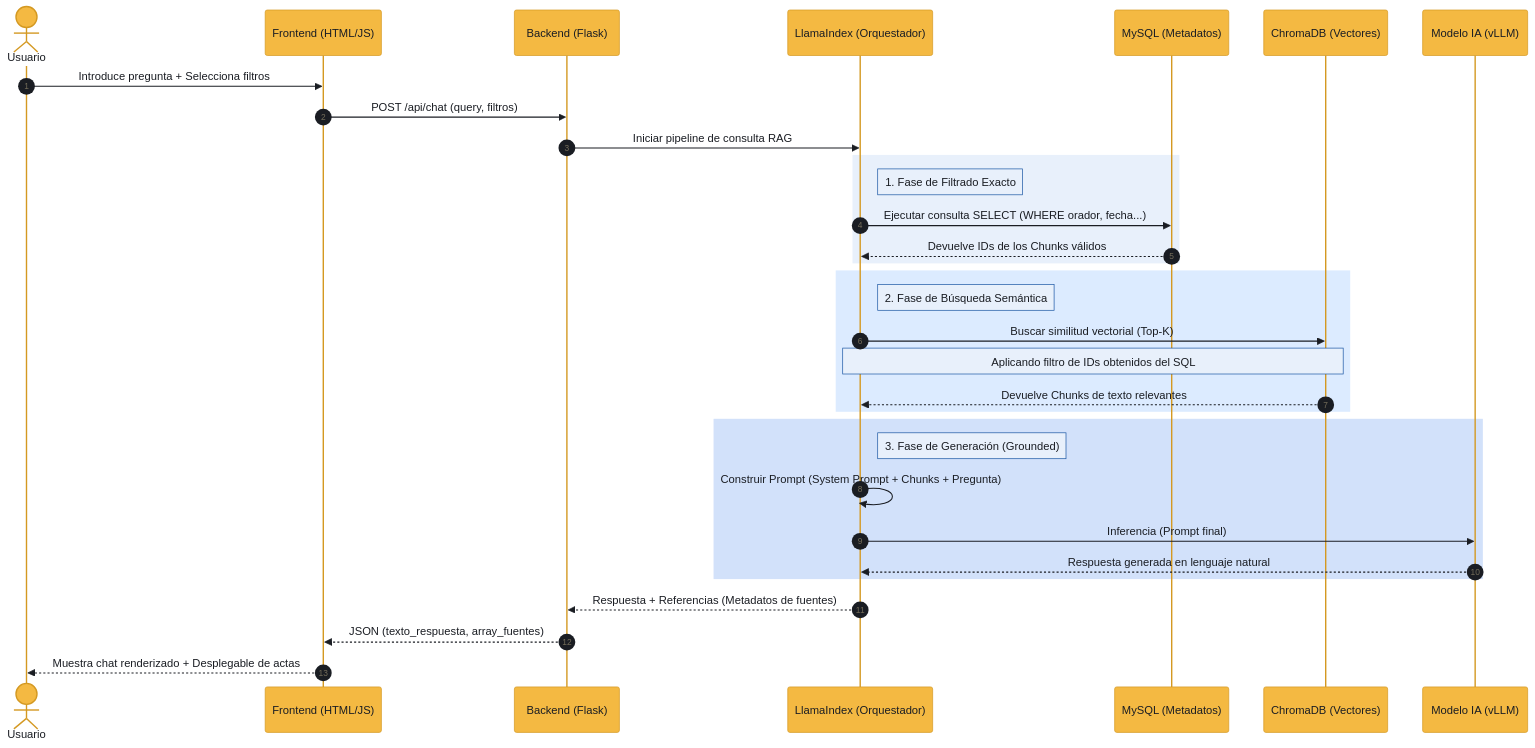
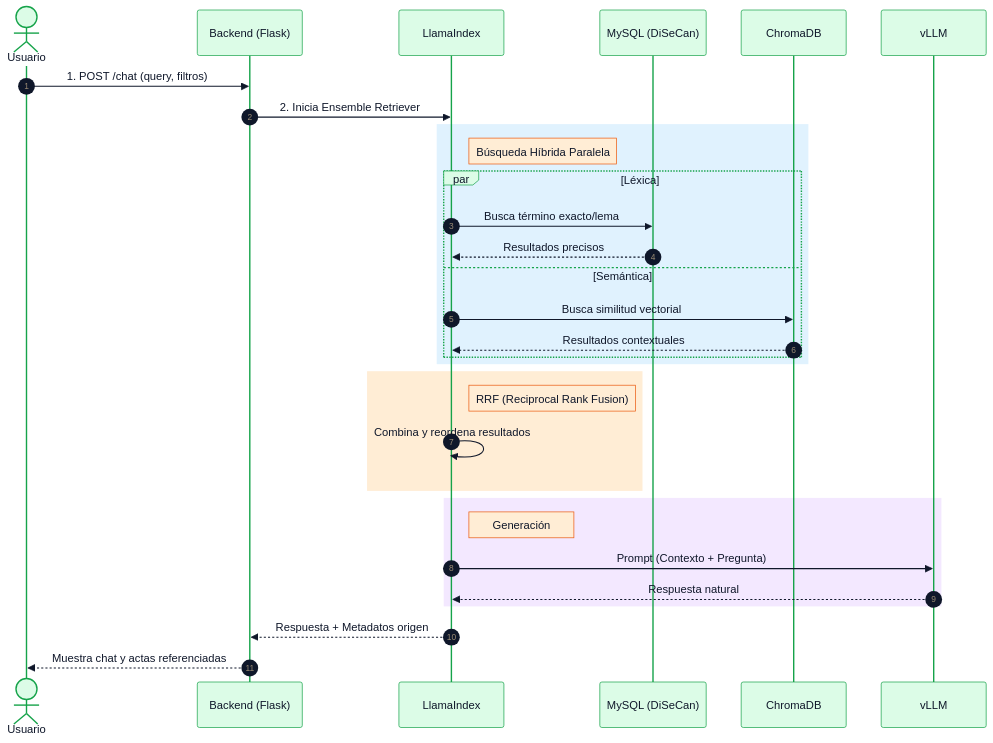
Before and after one commit to DavidSMtl/TFT_RAG_DISECAN: the diagram in docs/design/sequence_diagram.md, drawn with Mermaid. The commit also changed 13 other files, not shown here.

````diff
--- a/docs/design/sequence_diagram.md
+++ b/docs/design/sequence_diagram.md
@@ -1,58 +1,59 @@
 ```mermaid
 %%{
   init: {
     'theme': 'base',
     'themeVariables': {
-      'primaryColor': '#1a56a4',
-      'primaryTextColor': '#fff',
-      'primaryBorderColor': '#1344a0',
-      'lineColor': '#8b92a5',
-      'actorBkg': '#f4b942',
-      'actorBorder': '#d49922',
-      'actorTextColor': '#1a1d23',
-      'noteBkgColor': '#e8f0fb',
-      'noteBorderColor': '#1a56a4',
-      'noteTextColor': '#1a1d23',
-      'messageTextColor': '#1a1d23',
-      'textColor': '#1a1d23'
+      'primaryColor': '#ffffff',
+      'primaryBorderColor': '#94a3b8',
+      'primaryTextColor': '#0f172a',
+      'lineColor': '#64748b',
+      'actorBkg': '#dcfce7',
+      'actorBorder': '#16a34a',
+      'noteBkgColor': '#ffedd5',
+      'noteBorderColor': '#ea580c',
+      'noteTextColor': '#0f172a',
+      'messageTextColor': '#0f172a',
+      'fontSize': '20px',
+      'actorFontSize': '22px',
+      'noteFontSize': '18px',
+      'messageFontSize': '18px'
     }
   }
 }%%
 sequenceDiagram
     autonumber
     actor U as Usuario
-    participant UI as Frontend (HTML/JS)
     participant API as Backend (Flask)
-    participant LI as LlamaIndex (Orquestador)
-    participant SQL as MySQL (Metadatos)
-    participant VDB as ChromaDB (Vectores)
-    participant LLM as Modelo IA (vLLM)
+    participant LI as LlamaIndex
+    participant SQL as MySQL (DiSeCan)
+    participant VDB as ChromaDB
+    participant LLM as vLLM
 
-    U->>UI: Introduce pregunta + Selecciona filtros
-    UI->>API: POST /api/chat (query, filtros)
-    API->>LI: Iniciar pipeline de consulta RAG
+    U->>API: 1. POST /chat (query, filtros)
+    API->>LI: 2. Inicia Ensemble Retriever
     
-    rect rgb(232, 240, 251)
-        Note right of LI: 1. Fase de Filtrado Exacto
-        LI->>SQL: Ejecutar consulta SELECT (WHERE orador, fecha...)
-        SQL-->>LI: Devuelve IDs de los Chunks válidos
+    rect rgb(224, 242, 254)
+        Note right of LI: Búsqueda Híbrida Paralela
+        par Léxica
+            LI->>SQL: Busca término exacto/lema
+            SQL-->>LI: Resultados precisos
+        and Semántica
+            LI->>VDB: Busca similitud vectorial
+            VDB-->>LI: Resultados contextuales
+        end
     end
 
-    rect rgb(220, 235, 255)
-        Note right of LI: 2. Fase de Búsqueda Semántica
-        LI->>VDB: Buscar similitud vectorial (Top-K)
-        Note over LI, VDB: Aplicando filtro de IDs obtenidos del SQL
-        VDB-->>LI: Devuelve Chunks de texto relevantes
+    rect rgb(255, 237, 213)
+        Note right of LI: RRF (Reciprocal Rank Fusion)
+        LI->>LI: Combina y reordena resultados
     end
 
-    rect rgb(210, 225, 250)
-        Note right of LI: 3. Fase de Generación (Grounded)
-        LI->>LI: Construir Prompt (System Prompt + Chunks + Pregunta)
-        LI->>LLM: Inferencia (Prompt final)
-        LLM-->>LI: Respuesta generada en lenguaje natural
+    rect rgb(243, 232, 255)
+        Note right of LI: Generación
+        LI->>LLM: Prompt (Contexto + Pregunta)
+        LLM-->>LI: Respuesta natural
     end
 
-    LI-->>API: Respuesta + Referencias (Metadatos de fuentes)
-    API-->>UI: JSON (texto_respuesta, array_fuentes)
-    UI-->>U: Muestra chat renderizado + Desplegable de actas
+    LI-->>API: Respuesta + Metadatos origen
+    API-->>U: Muestra chat y actas referenciadas
 ```
````
